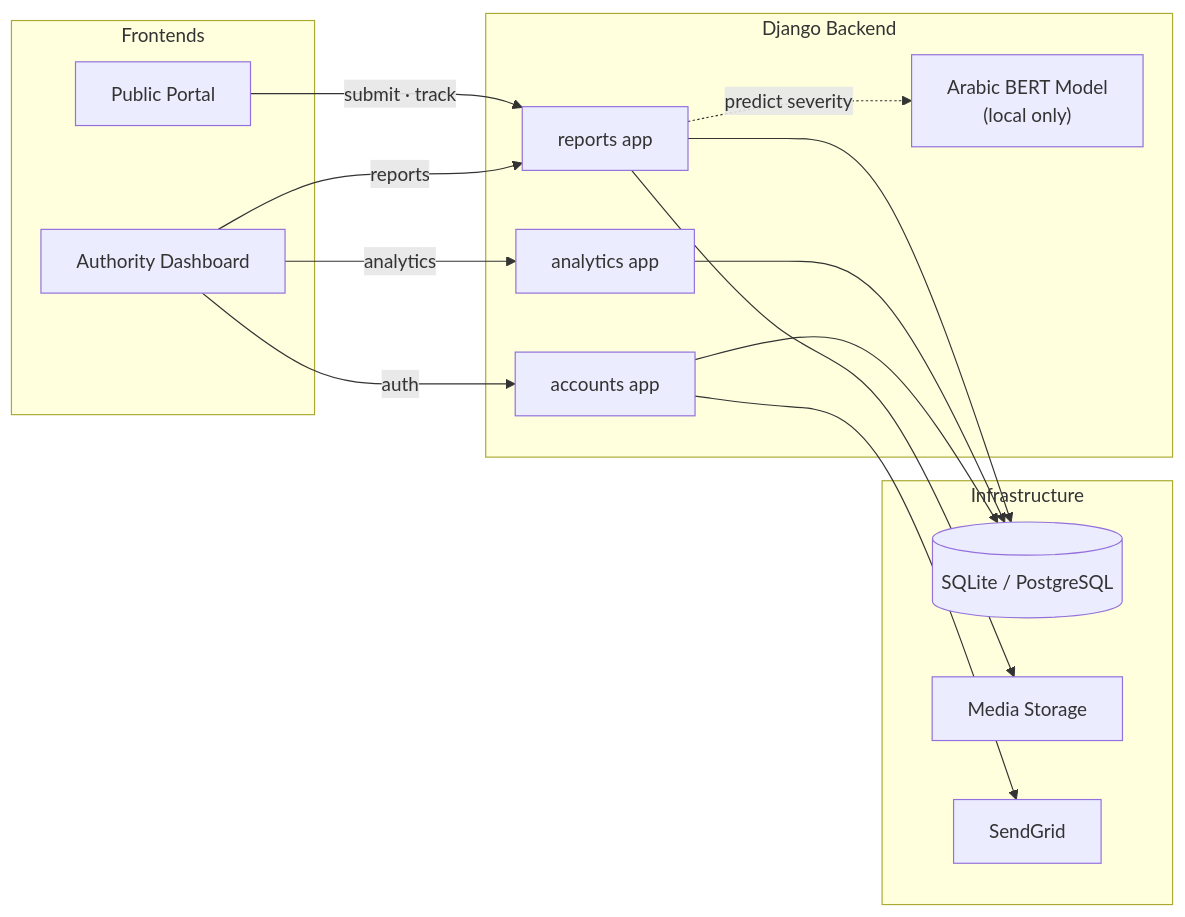
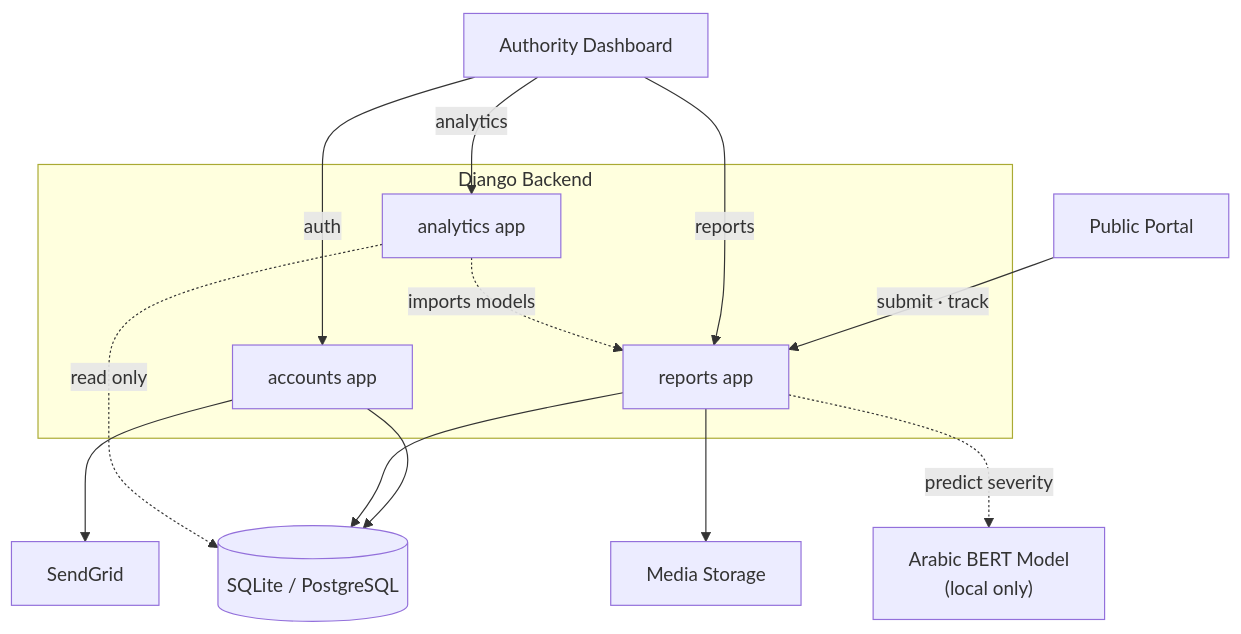
Before and after one commit to salmakhalill/Python-Sec-Sandbox: the first of 2 diagrams in test.md, drawn with Mermaid.

````diff
--- a/test.md
+++ b/test.md
@@ -22,34 +22,39 @@
 ```mermaid
-graph LR
-    subgraph Frontends
-        P["Public Portal"]
-        D["Authority Dashboard"]
+flowchart TD
+    %% Frontends
+    P["Public Portal"]
+    D["Authority Dashboard"]
+
+    %% Backend
+    subgraph B["Django Backend"]
+        AC["accounts app"]
+        R["reports app"]
+        AN["analytics app"]
     end
 
-    subgraph Backend["Django Backend"]
-        R["reports app"]
-        AN["analytics app"]
-        AC["accounts app"]
-        ML["Arabic BERT Model<br/>(local only)"]
-    end
+    %% Services
+    DB[("SQLite / PostgreSQL")]
+    SG["SendGrid"]
+    ML["Arabic BERT Model<br/>(local only)"]
+    MED["Media Storage"]
 
-    subgraph Infrastructure
-        DB[("SQLite / PostgreSQL")]
-        MED["Media Storage"]
-        SG["SendGrid"]
-    end
+    %% Frontend flows
+    P -->|"submit · track"| R
 
-    P -->|"submit · track"| R
+    D -->|"auth"| AC
     D -->|"reports"| R
     D -->|"analytics"| AN
-    D -->|"auth"| AC
+
+    %% Internal dependency
+    AN -.->|"imports models"| R
+
+    %% Infrastructure
+    AC --> DB
+    AC --> SG
 
     R --> DB
     R --> MED
     R -.->|"predict severity"| ML
 
-    AN --> DB
-
-    AC --> DB
-    AC --> SG
+    AN -.->|"read only"| DB
 ```
````
